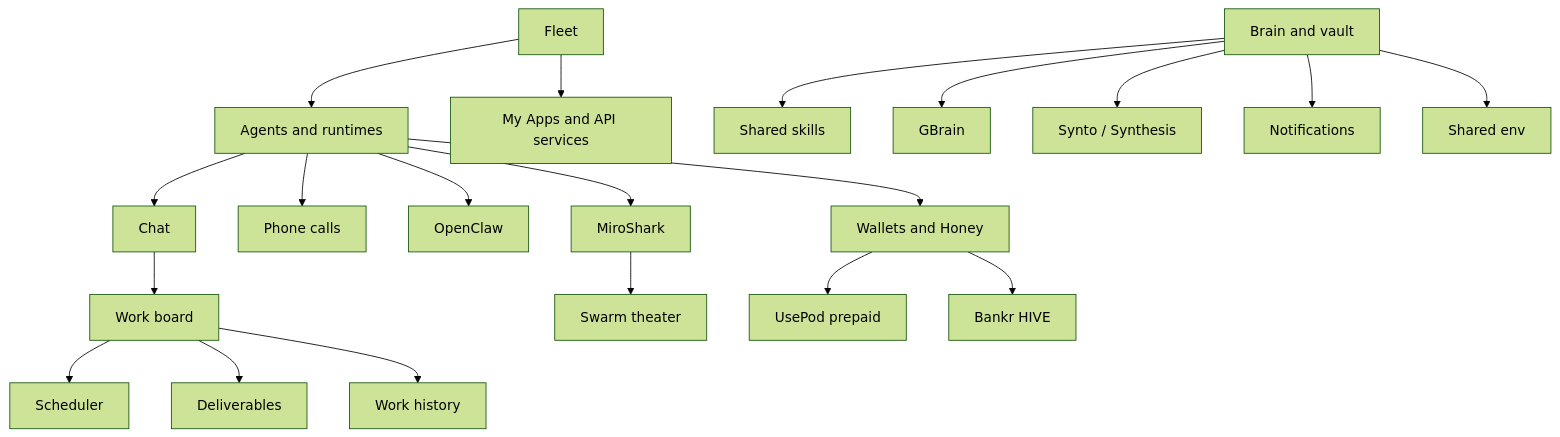
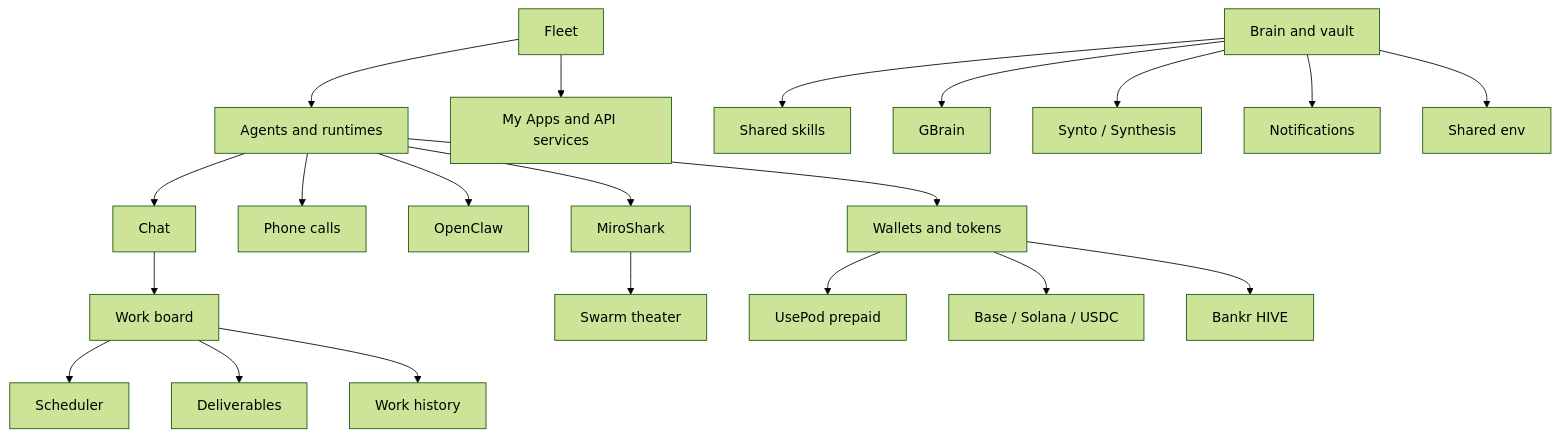
One commit to LiamVisionary/hivemindos changed the diagram in docs/features/index.md. Above: the diagram before and after it, drawn with Mermaid (forest theme). The commit also changed other lines of this file and 4 other files, not shown here.

Commit message:
Promote wallets and tokens docs

````diff
--- a/docs/features/index.md
+++ b/docs/features/index.md
@@ -30,22 +30,23 @@
 ```mermaid
 flowchart TD
   Fleet["Fleet"] --> Runtimes["Agents and runtimes"]
   Fleet --> Apps["My Apps and API services"]
   Runtimes --> Chat["Chat"]
   Runtimes --> Phone["Phone calls"]
   Chat --> Work["Work board"]
   Work --> Scheduler["Scheduler"]
   Work --> Deliverables["Deliverables"]
   Work --> History["Work history"]
   Vault["Brain and vault"] --> Skills["Shared skills"]
   Vault --> GBrain["GBrain"]
   Vault --> Synto["Synto / Synthesis"]
   Vault --> Notifications["Notifications"]
   Vault --> Env["Shared env"]
   Runtimes --> OpenClaw["OpenClaw"]
   Runtimes --> MiroShark["MiroShark"]
   MiroShark --> Swarm["Swarm theater"]
-  Runtimes --> Wallets["Wallets and Honey"]
+  Runtimes --> Wallets["Wallets and tokens"]
   Wallets --> UsePod["UsePod prepaid"]
+  Wallets --> TokenRails["Base / Solana / USDC"]
   Wallets --> Bankr["Bankr HIVE"]
 ```
````
